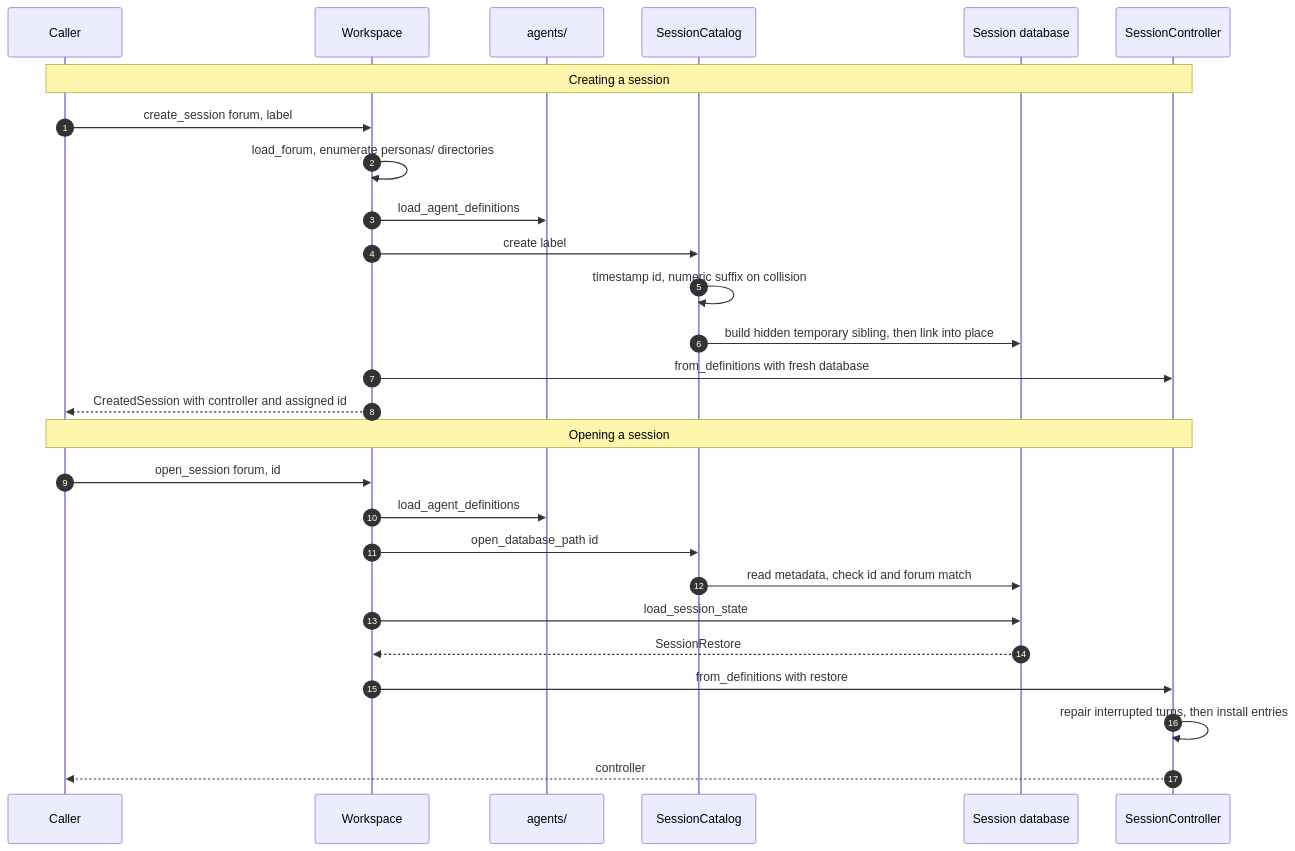
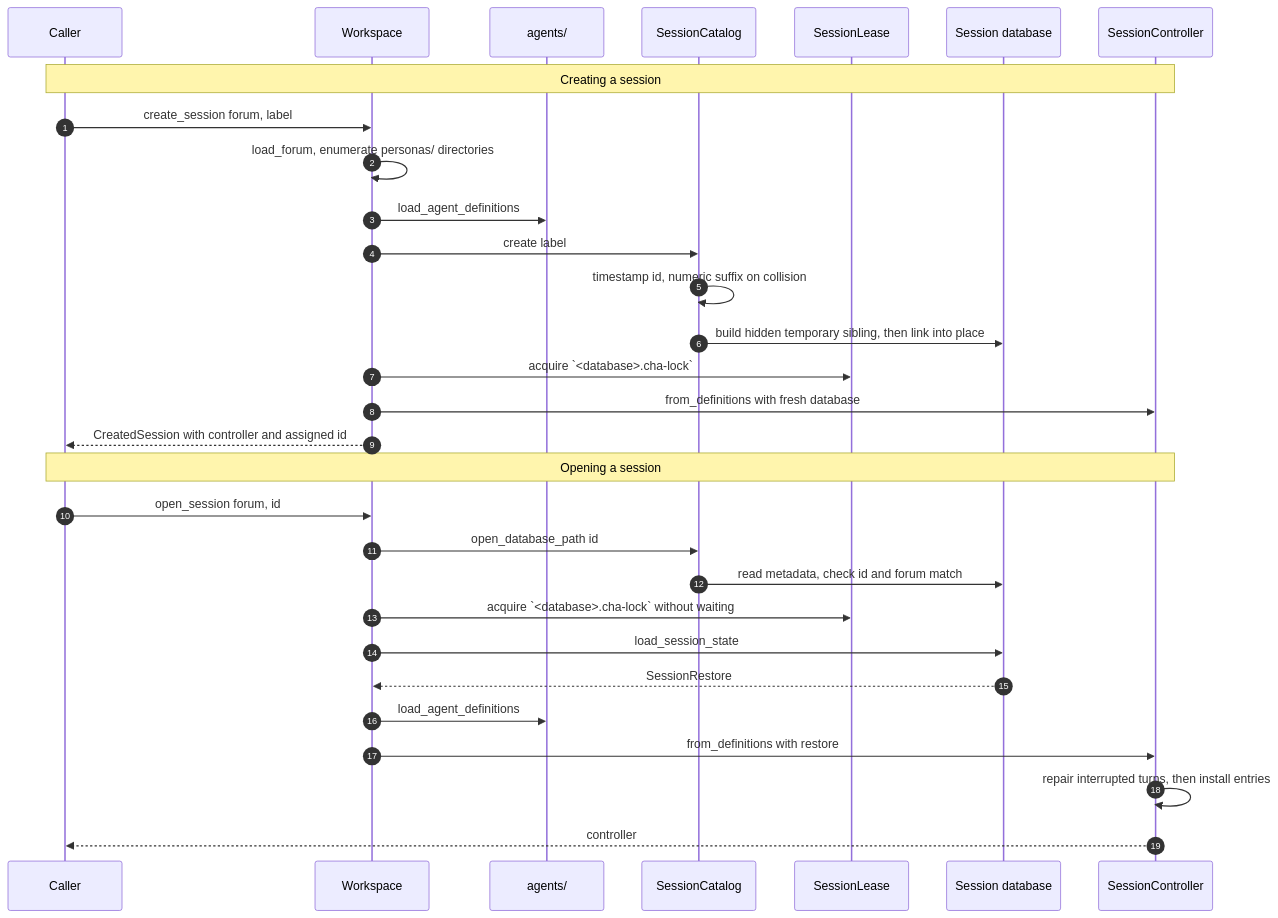
The second of 4 diagrams in src/session/README.md (michaelpopov/cha), drawn with Mermaid before and after one commit. The commit also changed other lines of this file and 17 other files, not shown here.

Commit message:
session lease

````diff
--- a/src/session/README.md
+++ b/src/session/README.md
@@ -82,31 +83,34 @@
 ```mermaid
 sequenceDiagram
     autonumber
     participant UI as Caller
     participant WS as Workspace
     participant AG as agents/
     participant SC as SessionCatalog
+    participant SL as SessionLease
     participant DB as Session database
     participant CC as SessionController
 
     Note over UI,CC: Creating a session
     UI->>WS: create_session forum, label
     WS->>WS: load_forum, enumerate personas/ directories
     WS->>AG: load_agent_definitions
     WS->>SC: create label
     SC->>SC: timestamp id, numeric suffix on collision
     SC->>DB: build hidden temporary sibling, then link into place
+    WS->>SL: acquire `<database>.cha-lock`
     WS->>CC: from_definitions with fresh database
     WS-->>UI: CreatedSession with controller and assigned id
 
     Note over UI,CC: Opening a session
     UI->>WS: open_session forum, id
-    WS->>AG: load_agent_definitions
     WS->>SC: open_database_path id
     SC->>DB: read metadata, check id and forum match
+    WS->>SL: acquire `<database>.cha-lock` without waiting
     WS->>DB: load_session_state
     DB-->>WS: SessionRestore
+    WS->>AG: load_agent_definitions
     WS->>CC: from_definitions with restore
     CC->>CC: repair interrupted turns, then install entries
     CC-->>UI: controller
 ```
````
